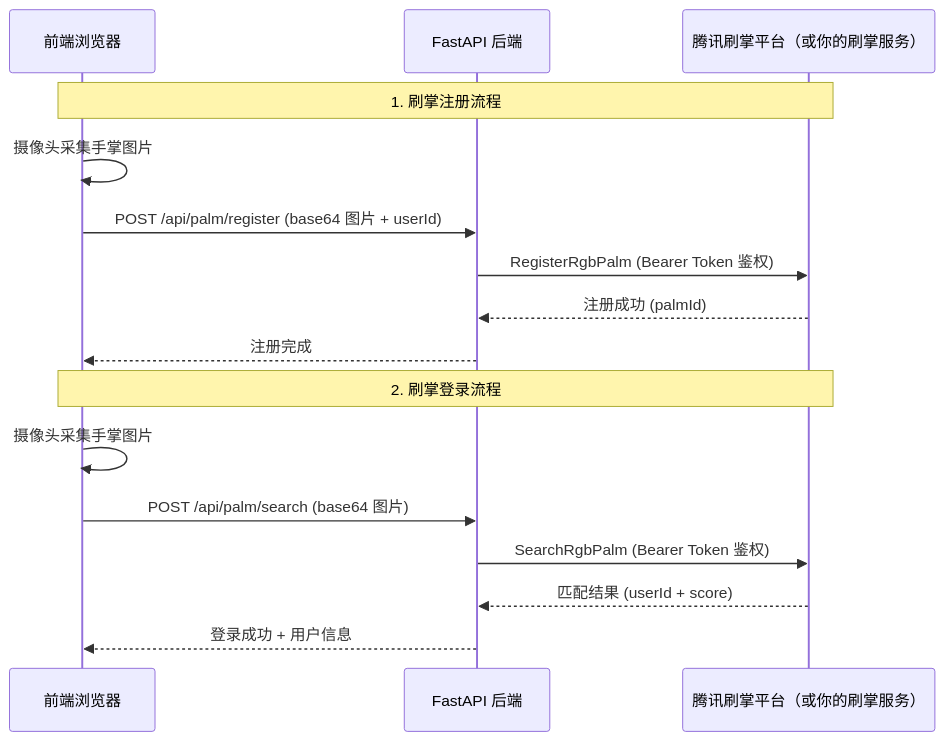
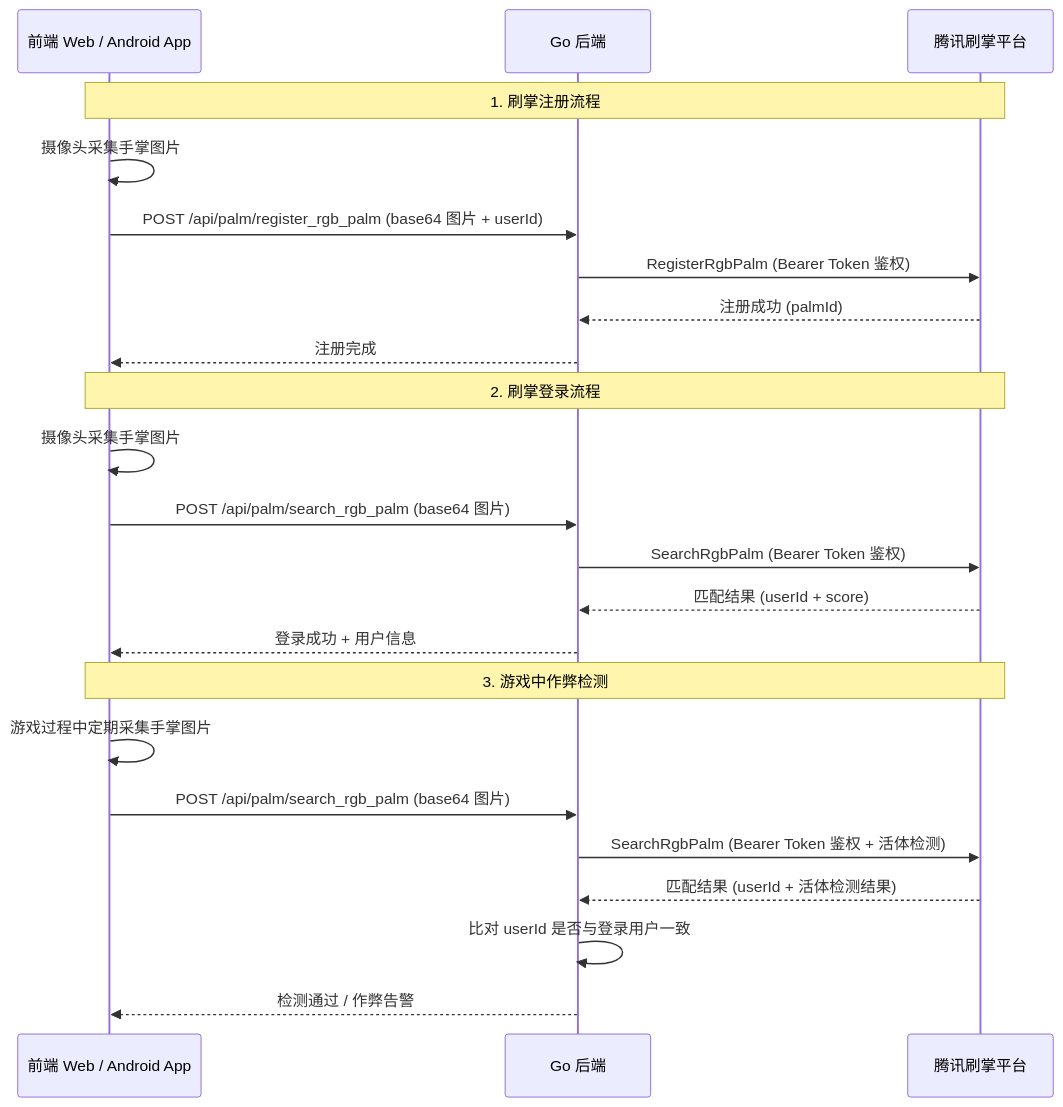
One commit to TencentYoutuResearch/Palm-Applications changed the second of 2 diagrams in README.md. Above: the diagram before and after it, drawn with Mermaid. The commit also changed other lines of this file and 16 other files, not shown here.

````diff
--- a/README.md
+++ b/README.md
@@ -42,20 +202,28 @@
 ```mermaid
 sequenceDiagram
-    participant Client as 前端浏览器
-    participant Server as FastAPI 后端
-    participant Palm as 腾讯刷掌平台（或你的刷掌服务）
+    participant Client as 前端 Web / Android App
+    participant Server as Go 后端
+    participant Palm as 腾讯刷掌平台
 
     Note over Client,Palm: 1. 刷掌注册流程
     Client->>Client: 摄像头采集手掌图片
-    Client->>Server: POST /api/palm/register (base64 图片 + userId)
+    Client->>Server: POST /api/palm/register_rgb_palm (base64 图片 + userId)
     Server->>Palm: RegisterRgbPalm (Bearer Token 鉴权)
     Palm-->>Server: 注册成功 (palmId)
     Server-->>Client: 注册完成
 
     Note over Client,Palm: 2. 刷掌登录流程
     Client->>Client: 摄像头采集手掌图片
-    Client->>Server: POST /api/palm/search (base64 图片)
+    Client->>Server: POST /api/palm/search_rgb_palm (base64 图片)
     Server->>Palm: SearchRgbPalm (Bearer Token 鉴权)
     Palm-->>Server: 匹配结果 (userId + score)
     Server-->>Client: 登录成功 + 用户信息
+
+    Note over Client,Palm: 3. 游戏中作弊检测
+    Client->>Client: 游戏过程中定期采集手掌图片
+    Client->>Server: POST /api/palm/search_rgb_palm (base64 图片)
+    Server->>Palm: SearchRgbPalm (Bearer Token 鉴权 + 活体检测)
+    Palm-->>Server: 匹配结果 (userId + 活体检测结果)
+    Server->>Server: 比对 userId 是否与登录用户一致
+    Server-->>Client: 检测通过 / 作弊告警
 ```
````
